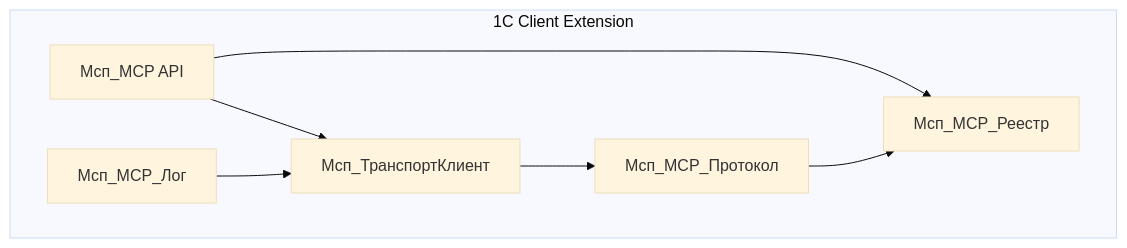
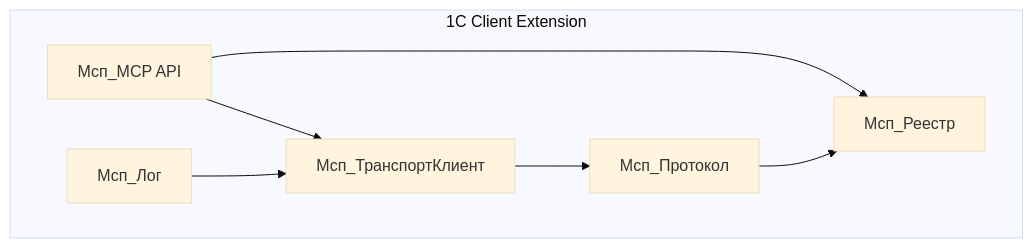
Before and after one commit to SandersNeo/onec-client-mcp-devkit: the second of 4 diagrams in ARCHITECTURE.md, drawn with Mermaid (base theme). The commit also changed other lines of this file and 9 other files, not shown here.

````diff
--- a/ARCHITECTURE.md
+++ b/ARCHITECTURE.md
@@ -16,16 +16,16 @@
 ```mermaid
 flowchart TB
   subgraph ClientSide[1C Client Extension]
     API[Мсп_MCP API]
-    Registry[Мсп_MCP_Реестр]
-    Protocol[Мсп_MCP_Протокол]
+    Registry[Мсп_Реестр]
+    Protocol[Мсп_Протокол]
     Transport[Мсп_ТранспортКлиент]
-    Log[Мсп_MCP_Лог]
+    Log[Мсп_Лог]
   end
 
   API --> Registry
   API --> Transport
   Protocol --> Registry
   Transport --> Protocol
   Log --> Transport
 ```
````
